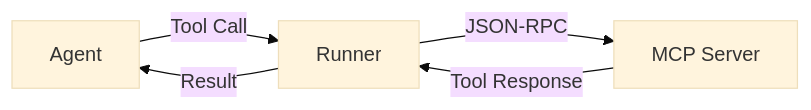
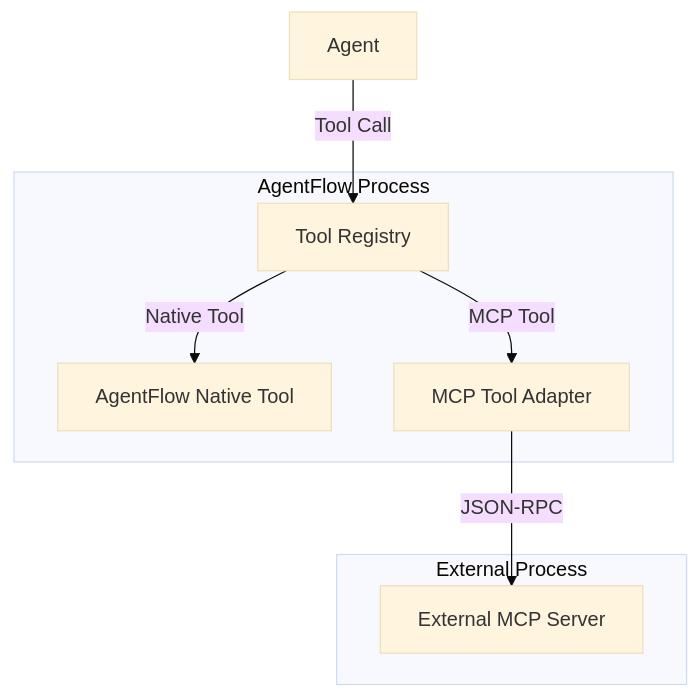
One commit to AgenticGoKit/AgenticGoKit changed the diagram in docs/guides/CustomTools.md. Above: the diagram before and after it, drawn with Mermaid (base theme). The commit also changed other lines of this file and 25 other files, not shown here.

First line of the commit message:
feat(scaffold,orchestration,cli): comprehensive AgentFlow scaffold modernization (#16)

````diff
--- a/docs/guides/CustomTools.md
+++ b/docs/guides/CustomTools.md
@@ -19,7 +22,17 @@
 ```mermaid
-graph LR
-    Agent[Agent] -->|Tool Call| Runner[Runner]
-    Runner -->|JSON-RPC| MCP[MCP Server]
-    MCP -->|Tool Response| Runner
-    Runner -->|Result| Agent
+graph TB
+    Agent[Agent] -->|Tool Call| Registry[Tool Registry]
+    Registry -->|Native Tool| NativeTool[AgentFlow Native Tool]
+    Registry -->|MCP Tool| MCPAdapter[MCP Tool Adapter]
+    MCPAdapter -->|JSON-RPC| MCPServer[External MCP Server]
+    
+    subgraph "AgentFlow Process"
+        Registry
+        NativeTool
+        MCPAdapter
+    end
+    
+    subgraph "External Process"
+        MCPServer
+    end
 ```
````
